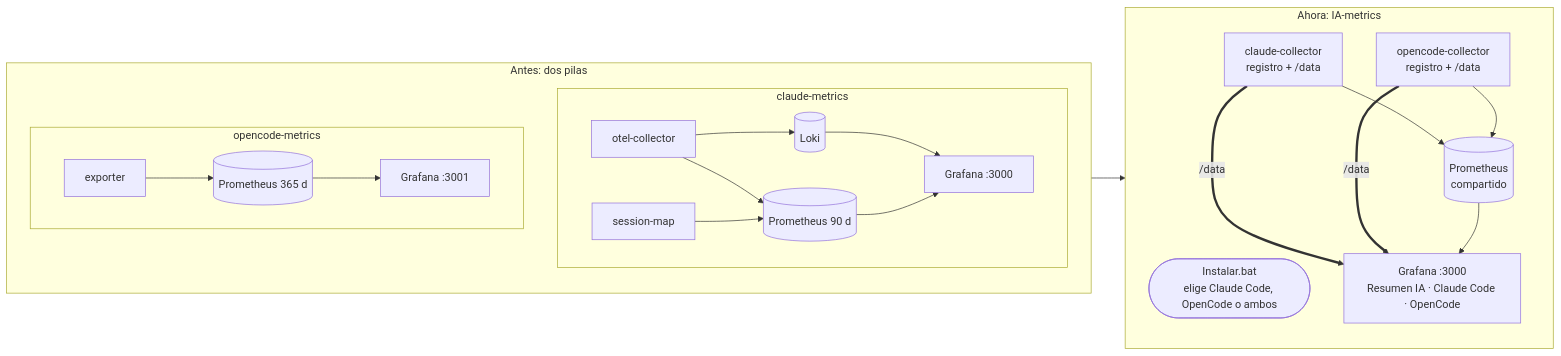
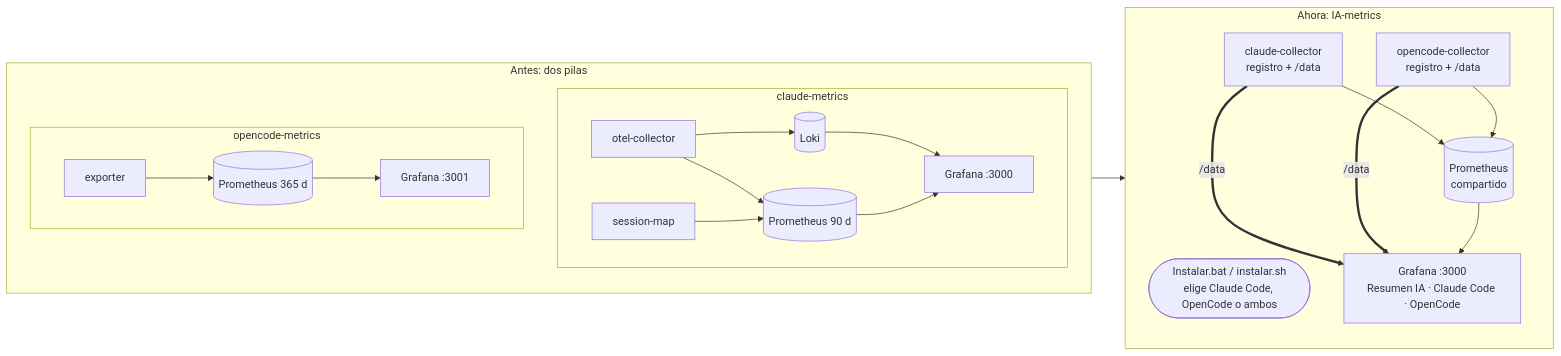
The first of 2 diagrams in docs/comparativa-ia-metrics.md (oscarabal/IA-metrics), drawn with Mermaid before and after one commit. The commit also changed other lines of this file, not shown here.

````diff
--- a/docs/comparativa-ia-metrics.md
+++ b/docs/comparativa-ia-metrics.md
@@ -18,31 +18,31 @@
 ```mermaid
 flowchart LR
     subgraph antes["Antes: dos pilas"]
         direction TB
         subgraph cm["claude-metrics"]
             A1["otel-collector"] --> A2[("Loki")]
             A1 --> A3[("Prometheus 90 d")]
             A4["session-map"] --> A3
             A3 --> A5["Grafana :3000"]
             A2 --> A5
         end
         subgraph om["opencode-metrics"]
             B1["exporter"] --> B2[("Prometheus 365 d")]
             B2 --> B3["Grafana :3001"]
         end
     end
     subgraph despues["Ahora: IA-metrics"]
         direction TB
-        I0(["Instalar.bat<br/>elige Claude Code, OpenCode o ambos"])
+        I0(["Instalar.bat / instalar.sh<br/>elige Claude Code, OpenCode o ambos"])
         C1["claude-collector<br/>registro + /data"]
         C2["opencode-collector<br/>registro + /data"]
         P[("Prometheus<br/>compartido")]
         G["Grafana :3000<br/>Resumen IA · Claude Code · OpenCode"]
         C1 == "/data" ==> G
         C2 == "/data" ==> G
         C1 --> P
         C2 --> P
         P --> G
     end
     antes --> despues
 ```
````
